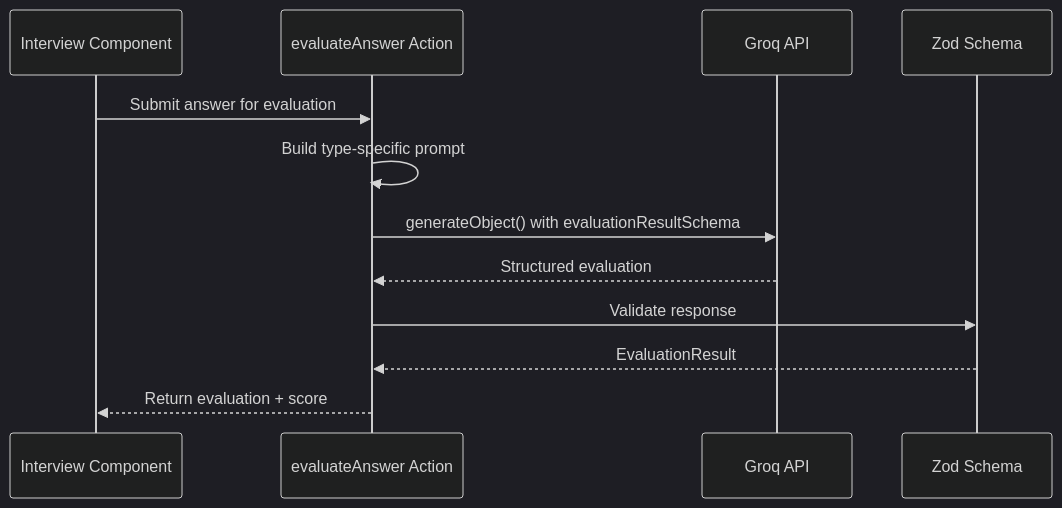
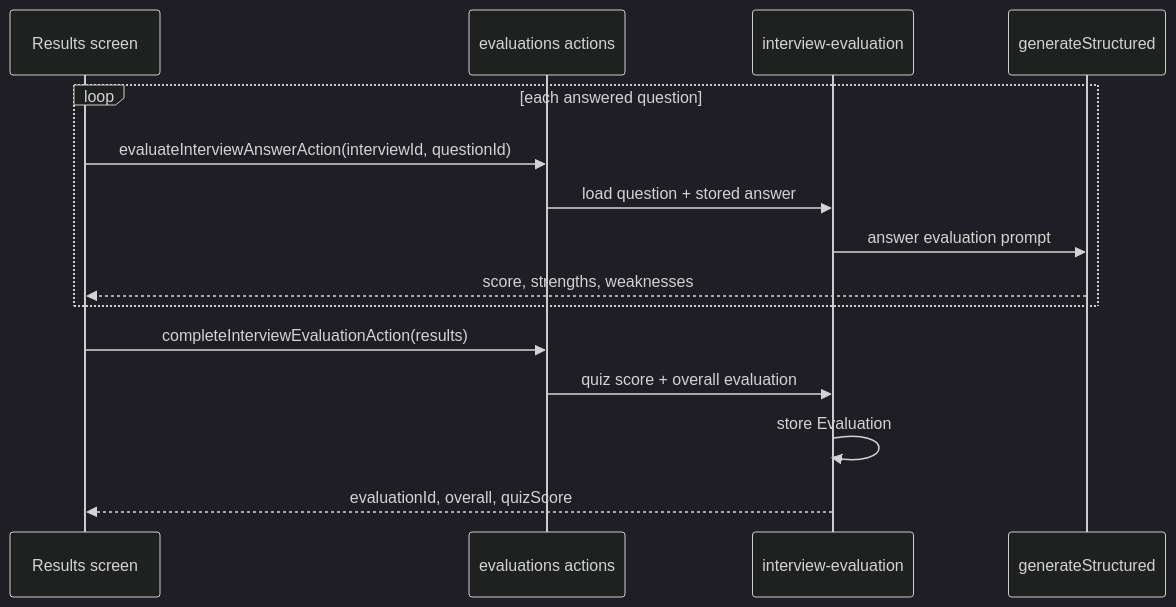
One commit to violabg/dev-recruit changed the seventh of 8 diagrams in docs/AI_QUIZ_GENERATION.md. Above: the diagram before and after it, drawn with Mermaid (dark theme). The commit also changed other lines of this file and 117 other files, not shown here.

First line of the commit message:
feat: add interview and resume evaluation services

````diff
--- a/docs/AI_QUIZ_GENERATION.md
+++ b/docs/AI_QUIZ_GENERATION.md
@@ -633,15 +635,18 @@
 ```mermaid
 sequenceDiagram
-    participant I as Interview Component
-    participant A as evaluateAnswer Action
-    participant AI as Groq API
-    participant S as Zod Schema
+    participant R as Results screen
+    participant A as evaluations actions
+    participant S as interview-evaluation
+    participant AI as generateStructured
 
-    I->>A: Submit answer for evaluation
-    A->>A: Build type-specific prompt
-    A->>AI: generateObject() with evaluationResultSchema
-    AI-->>A: Structured evaluation
-    A->>S: Validate response
-    S-->>A: EvaluationResult
-    A-->>I: Return evaluation + score
+    loop each answered question
+        R->>A: evaluateInterviewAnswerAction(interviewId, questionId)
+        A->>S: load question + stored answer
+        S->>AI: answer evaluation prompt
+        AI-->>R: score, strengths, weaknesses
+    end
+    R->>A: completeInterviewEvaluationAction(results)
+    A->>S: quiz score + overall evaluation
+    S->>S: store Evaluation
+    S-->>R: evaluationId, overall, quizScore
 ```
````
